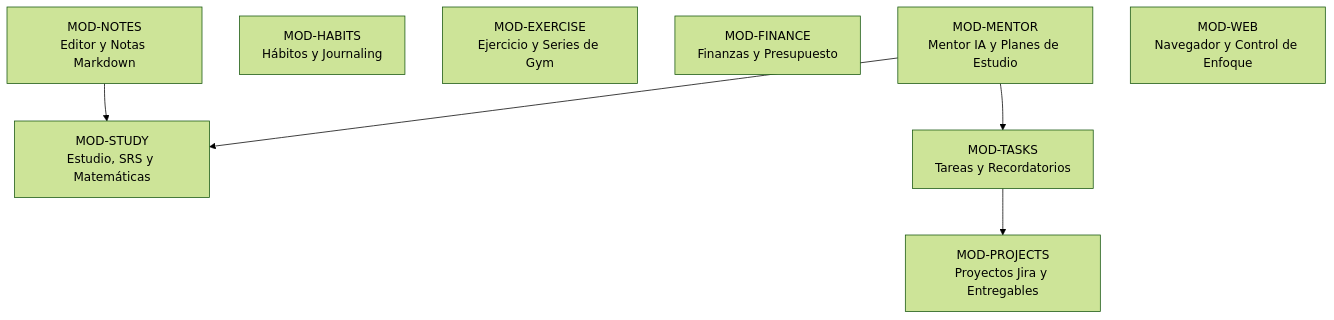
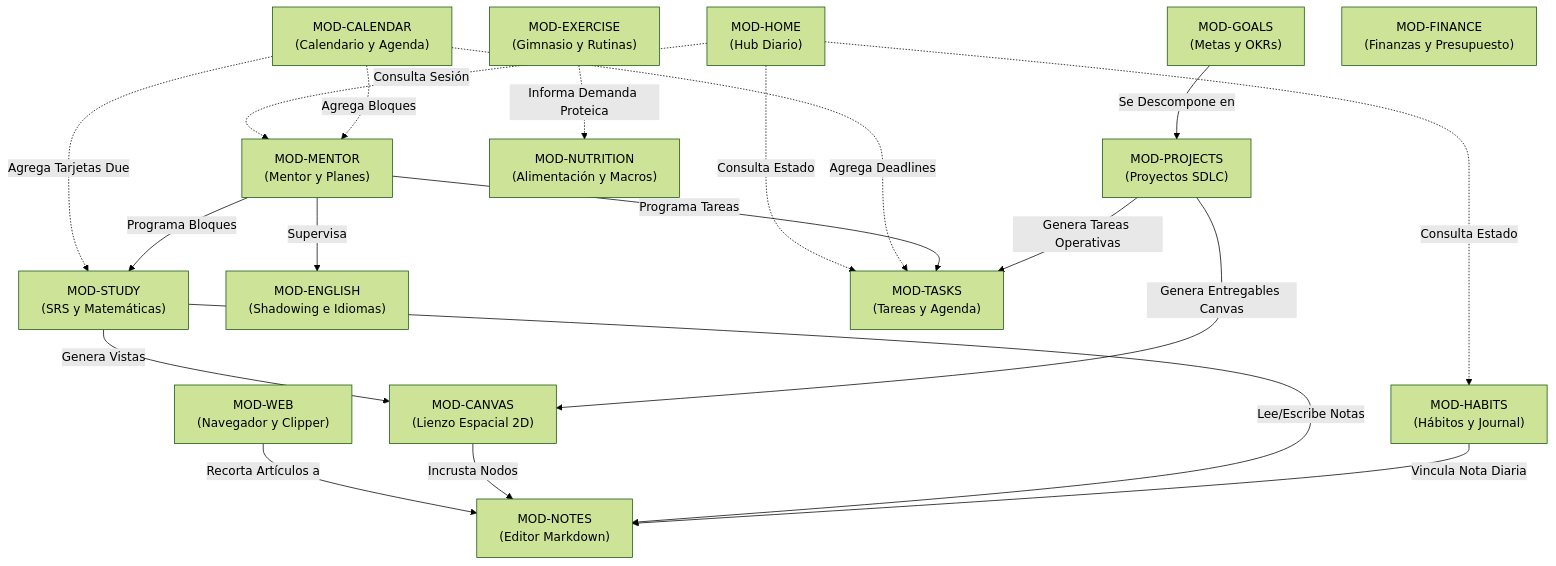
The diagram in docs_site/03-requirements/05. Descomposicion Modular Funcional.md (Lessteps/NoteVault), drawn with Mermaid (forest theme) before and after one commit. The commit also changed other lines of this file and 29 other files, not shown here.

````diff
--- a/docs_site/03-requirements/05. Descomposicion Modular Funcional.md
+++ b/docs_site/03-requirements/05. Descomposicion Modular Funcional.md
@@ -11,17 +38,54 @@
 ```mermaid
 graph TD
-    M1["MOD-NOTES<br/>Editor y Notas Markdown"]
-    M2["MOD-HABITS<br/>Hábitos y Journaling"]
-    M3["MOD-EXERCISE<br/>Ejercicio y Series de Gym"]
-    M4["MOD-TASKS<br/>Tareas y Recordatorios"]
-    M5["MOD-PROJECTS<br/>Proyectos Jira y Entregables"]
-    M6["MOD-FINANCE<br/>Finanzas y Presupuesto"]
-    M7["MOD-STUDY<br/>Estudio, SRS y Matemáticas"]
-    M8["MOD-MENTOR<br/>Mentor IA y Planes de Estudio"]
-    M9["MOD-WEB<br/>Navegador y Control de Enfoque"]
+    %% Módulos Agregadores de Alto Nivel
+    M_HOME["MOD-HOME<br/>(Hub Diario)"]
+    M_CAL["MOD-CALENDAR<br/>(Calendario y Agenda)"]
+    M_MEN["MOD-MENTOR<br/>(Mentor y Planes)"]
+    
+    %% Módulos de Conocimiento y Aprendizaje
+    M_NOT["MOD-NOTES<br/>(Editor Markdown)"]
+    M_CNV["MOD-CANVAS<br/>(Lienzo Espacial 2D)"]
+    M_STU["MOD-STUDY<br/>(SRS y Matemáticas)"]
+    M_ENG["MOD-ENGLISH<br/>(Shadowing e Idiomas)"]
+    M_WEB["MOD-WEB<br/>(Navegador y Clipper)"]
+    
+    %% Módulos de Ejecución y Productividad
+    M_TSK["MOD-TASKS<br/>(Tareas y Agenda)"]
+    M_PRJ["MOD-PROJECTS<br/>(Proyectos SDLC)"]
+    M_GOL["MOD-GOALS<br/>(Metas y OKRs)"]
+    
+    %% Módulos de Salud y Estilo de Vida
+    M_HBT["MOD-HABITS<br/>(Hábitos y Journal)"]
+    M_EXE["MOD-EXERCISE<br/>(Gimnasio y Rutinas)"]
+    M_NUT["MOD-NUTRITION<br/>(Alimentación y Macros)"]
+    M_FIN["MOD-FINANCE<br/>(Finanzas y Presupuesto)"]
 
-    M1 --> M7
-    M4 --> M5
-    M8 --> M7
-    M8 --> M4
+    %% Dependencias del Hub y Calendario
+    M_HOME -.->|Consulta Estado| M_TSK
+    M_HOME -.->|Consulta Estado| M_HBT
+    M_HOME -.->|Consulta Sesión| M_MEN
+    
+    M_CAL -.->|Agrega Deadlines| M_TSK
+    M_CAL -.->|Agrega Tarjetas Due| M_STU
+    M_CAL -.->|Agrega Bloques| M_MEN
+    
+    %% Mentor orquesta estudio y tareas
+    M_MEN -->|Programa Bloques| M_STU
+    M_MEN -->|Programa Tareas| M_TSK
+    M_MEN -->|Supervisa| M_ENG
+    
+    %% Relaciones de Conocimiento
+    M_WEB -->|Recorta Artículos a| M_NOT
+    M_CNV -->|Incrusta Nodos| M_NOT
+    M_STU -->|Lee/Escribe Notas| M_NOT
+    M_STU -->|Genera Vistas| M_CNV
+    
+    %% Relaciones de Metodología y Metas
+    M_GOL -->|Se Descompone en| M_PRJ
+    M_PRJ -->|Genera Tareas Operativas| M_TSK
+    M_PRJ -->|Genera Entregables Canvas| M_CNV
+    
+    %% Relaciones Fisiológicas
+    M_EXE -.->|Informa Demanda Proteica| M_NUT
+    M_HBT -->|Vincula Nota Diaria| M_NOT
 ```
````
